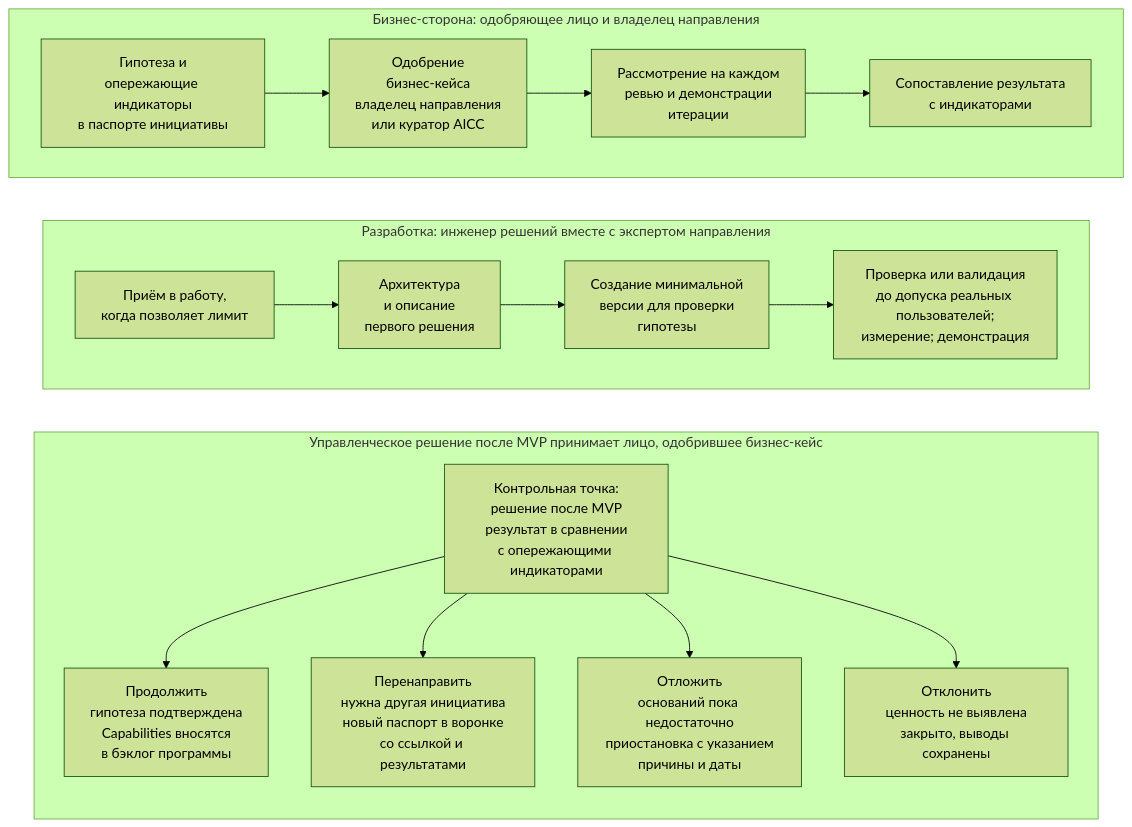
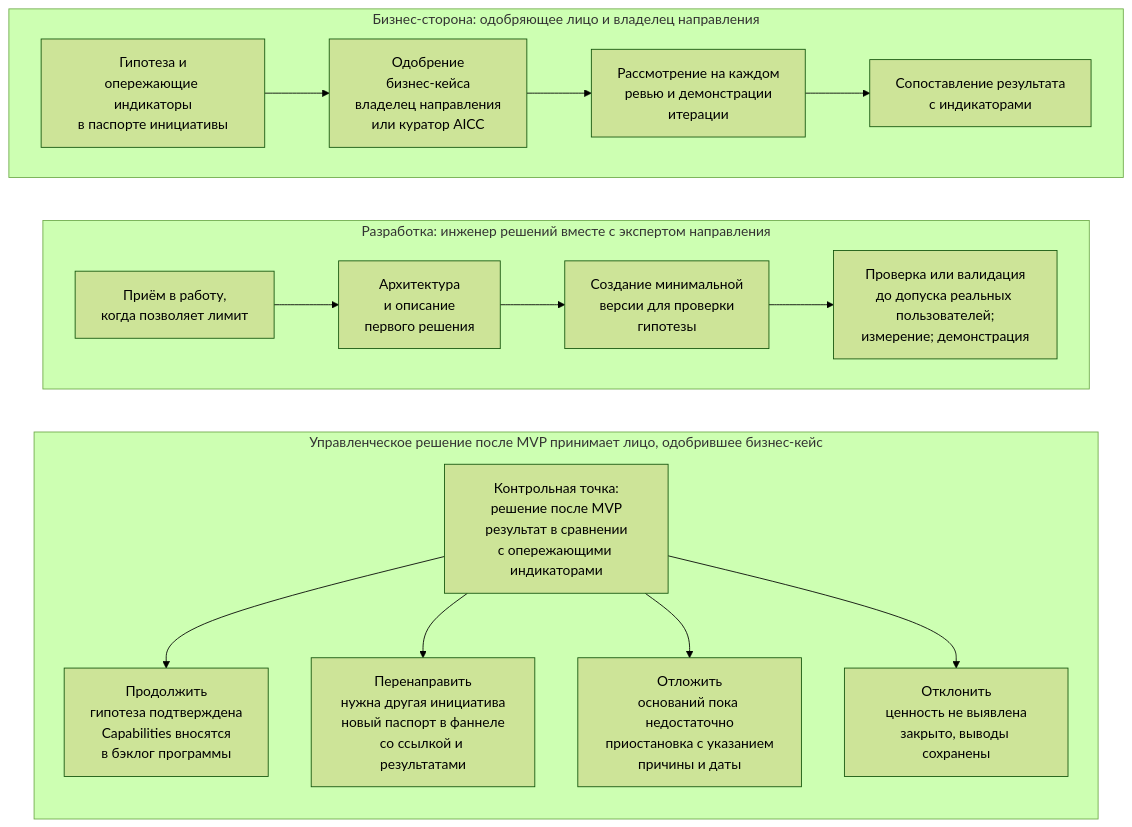
The diagram in portal/content/ru/portfolio/the-business-case-and-the-mvp.md (devhogu/ob-aicc), drawn with Mermaid (forest theme) before and after one commit. The commit also changed other lines of this file and 96 other files, not shown here.

````diff
--- a/portal/content/ru/portfolio/the-business-case-and-the-mvp.md
+++ b/portal/content/ru/portfolio/the-business-case-and-the-mvp.md
@@ -39,24 +39,24 @@
 ```mermaid
 flowchart TB
   subgraph BUS["Бизнес-сторона: одобряющее лицо и владелец направления"]
     direction LR
     B1["Гипотеза и<br/>опережающие индикаторы<br/>в паспорте инициативы"] --> B2["Одобрение<br/>бизнес-кейса<br/>владелец направления<br/>или куратор AICC"]
     B2 --> B3["Рассмотрение на каждом<br/>ревью и демонстрации<br/>итерации"]
     B3 --> B4["Сопоставление результата<br/>с индикаторами"]
   end
   subgraph DEV["Разработка: инженер решений вместе с экспертом направления"]
     direction LR
     D1["Приём в работу,<br/>когда позволяет лимит"] --> D2["Архитектура<br/>и описание<br/>первого решения"]
     D2 --> D3["Создание минимальной<br/>версии для проверки<br/>гипотезы"]
     D3 --> D4["Проверка или валидация<br/>до допуска реальных пользователей;<br/>измерение; демонстрация"]
   end
   subgraph DEC["Управленческое решение после MVP принимает лицо, одобрившее бизнес-кейс"]
     direction TB
     G["Контрольная точка:<br/>решение после MVP<br/>результат в сравнении<br/>с опережающими индикаторами"] --> C["Продолжить<br/>гипотеза подтверждена<br/>Capabilities вносятся<br/>в бэклог программы"]
-    G --> P["Перенаправить<br/>нужна другая инициатива<br/>новый паспорт в воронке<br/>со ссылкой и результатами"]
+    G --> P["Перенаправить<br/>нужна другая инициатива<br/>новый паспорт в фаннеле<br/>со ссылкой и результатами"]
     G --> F["Отложить<br/>оснований пока недостаточно<br/>приостановка с указанием<br/>причины и даты"]
     G --> R["Отклонить<br/>ценность не выявлена<br/>закрыто, выводы сохранены"]
   end
   BUS ~~~ DEV
   DEV ~~~ DEC
 ```
````
